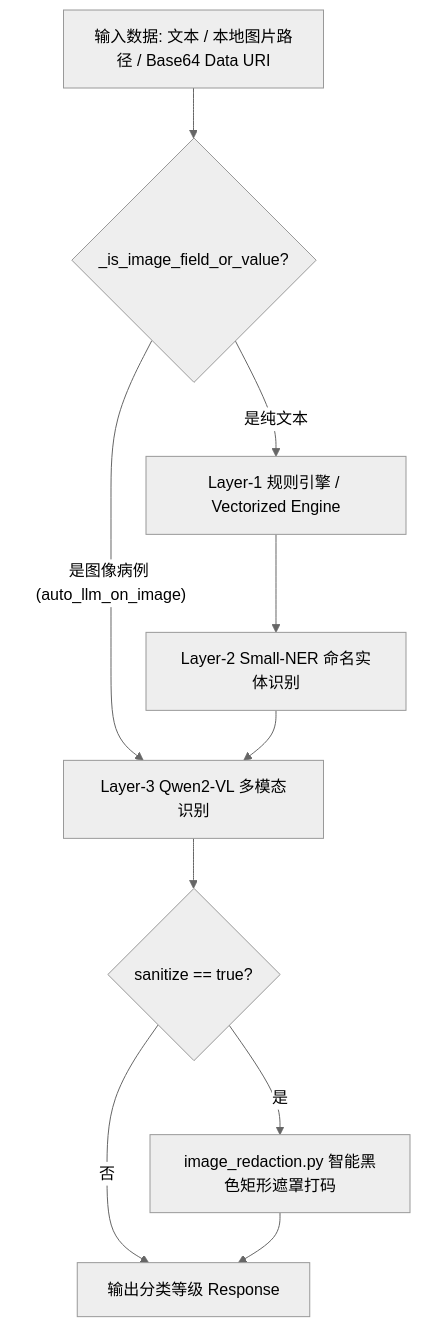
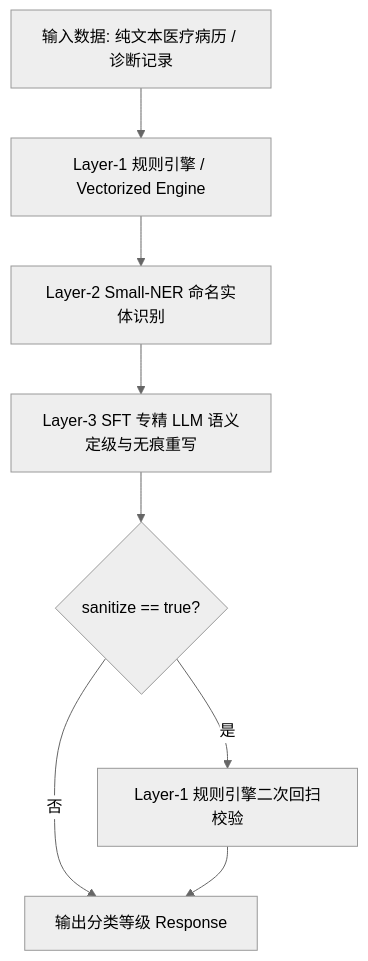
Before and after one commit to fengzhizi319/PrivShield: the ninth of 9 diagrams in docs/dynclassification/design.md, drawn with Mermaid (neutral theme). The commit also changed other lines of this file and 44 other files, not shown here.

````diff
--- a/docs/dynclassification/design.md
+++ b/docs/dynclassification/design.md
@@ -1870,12 +1870,10 @@
 ```mermaid
 flowchart TD
-    In[输入数据: 文本 / 本地图片路径 / Base64 Data URI] --> ImgCheck{_is_image_field_or_value?}
-    ImgCheck -- 是图像病例 (auto_llm_on_image) --> L3[Layer-3 Qwen2-VL 多模态识别]
-    ImgCheck -- 是纯文本 --> L1[Layer-1 规则引擎 / Vectorized Engine]
+    In[输入数据: 纯文本医疗病历 / 诊断记录] --> L1[Layer-1 规则引擎 / Vectorized Engine]
     L1 --> L2[Layer-2 Small-NER 命名实体识别]
-    L2 --> L3
+    L2 --> L3[Layer-3 SFT 专精 LLM 语义定级与无痕重写]
     L3 --> SanitizeCheck{sanitize == true?}
-    SanitizeCheck -- 是 --> Redact[image_redaction.py 智能黑色矩形遮罩打码]
+    SanitizeCheck -- 是 --> Rescan[Layer-1 规则引擎二次回扫校验]
     SanitizeCheck -- 否 --> Output[输出分类等级 Response]
-    Redact --> Output
+    Rescan --> Output
 ```
````
